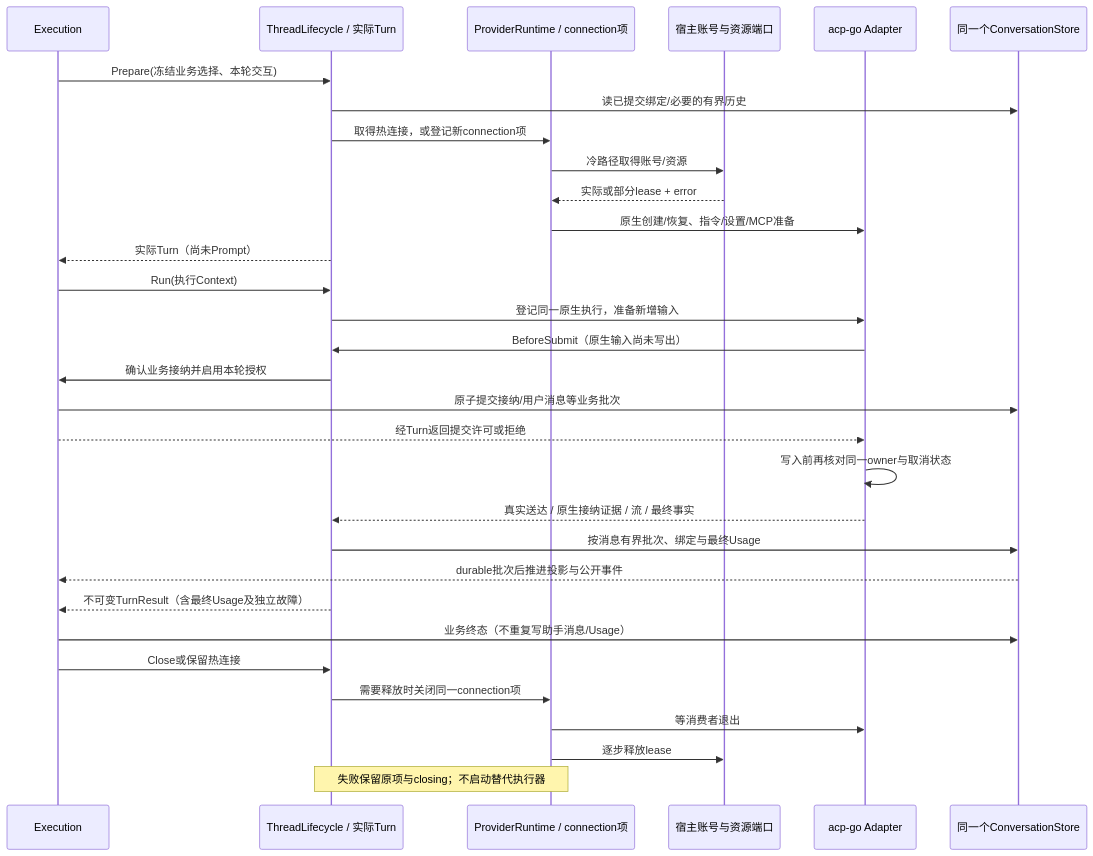
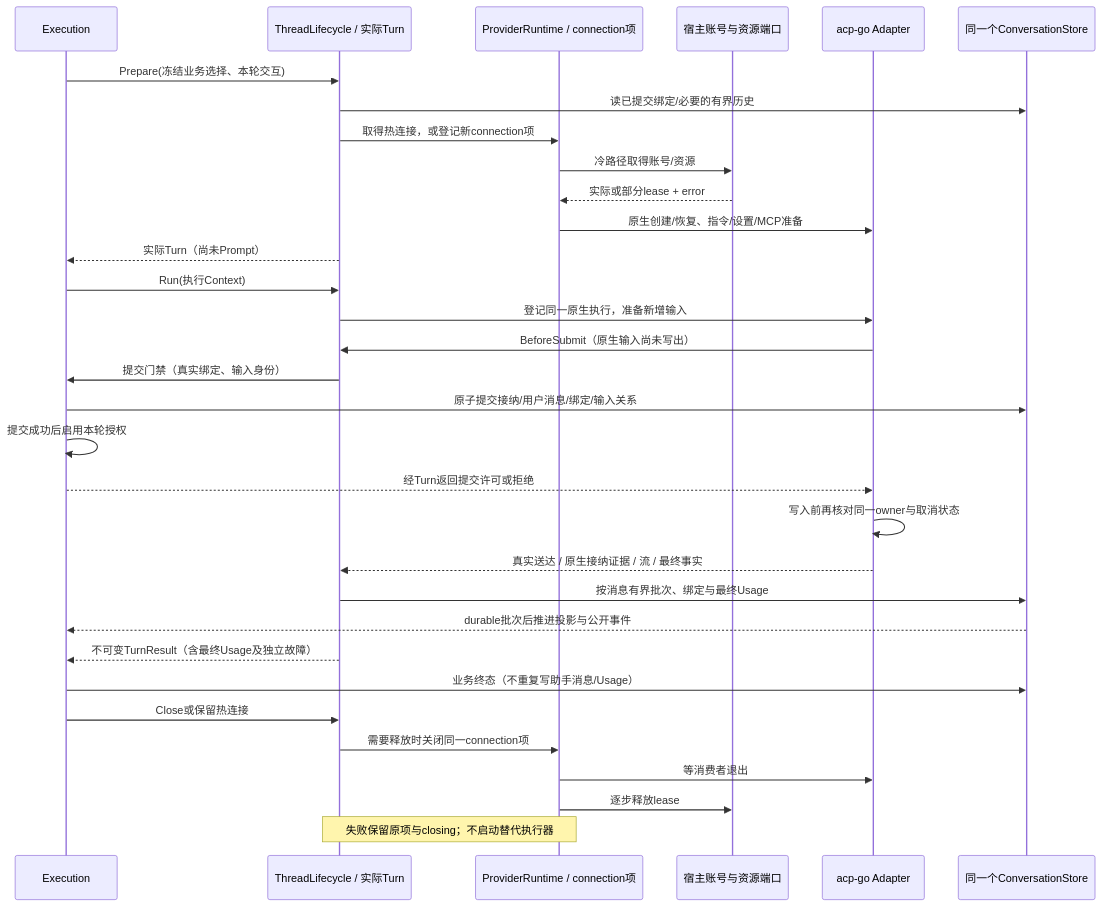
The second of 2 diagrams in docs/discussions/agentruntime-rebuild/p0-ownership-cn.md (JieWaZi/NeuxBot), drawn with Mermaid before and after one commit. The commit also changed 1 other file, not shown here.

Commit message:
docs: 固定隔离重建实施合同与验收边界

````diff
--- a/docs/discussions/agentruntime-rebuild/p0-ownership-cn.md
+++ b/docs/discussions/agentruntime-rebuild/p0-ownership-cn.md
@@ -85,33 +85,34 @@
 ```mermaid
 sequenceDiagram
   participant E as Execution
   participant T as ThreadLifecycle / 实际Turn
   participant P as ProviderRuntime / connection项
   participant H as 宿主账号与资源端口
   participant A as acp-go Adapter
   participant S as 同一个ConversationStore
   E->>T: Prepare(冻结业务选择、本轮交互)
   T->>S: 读已提交绑定/必要的有界历史
   T->>P: 取得热连接，或登记新connection项
   P->>H: 冷路径取得账号/资源
   H-->>P: 实际或部分lease + error
   P->>A: 原生创建/恢复、指令/设置/MCP准备
   T-->>E: 实际Turn（尚未Prompt）
   E->>T: Run(执行Context)
   T->>A: 登记同一原生执行，准备新增输入
   A->>T: BeforeSubmit（原生输入尚未写出）
-  T->>E: 确认业务接纳并启用本轮授权
-  E->>S: 原子提交接纳/用户消息等业务批次
+  T->>E: 提交门禁（真实绑定、输入身份）
+  E->>S: 原子提交接纳/用户消息/绑定/输入关系
+  E->>E: 提交成功后启用本轮授权
   E-->>A: 经Turn返回提交许可或拒绝
   A->>A: 写入前再核对同一owner与取消状态
   A-->>T: 真实送达 / 原生接纳证据 / 流 / 最终事实
   T->>S: 按消息有界批次、绑定与最终Usage
   S-->>E: durable批次后推进投影与公开事件
   T-->>E: 不可变TurnResult（含最终Usage及独立故障）
   E->>S: 业务终态（不重复写助手消息/Usage）
   E->>T: Close或保留热连接
   T->>P: 需要释放时关闭同一connection项
   P->>A: 等消费者退出
   P->>H: 逐步释放lease
   Note over T,P: 失败保留原项与closing；不启动替代执行器
 ```
````
